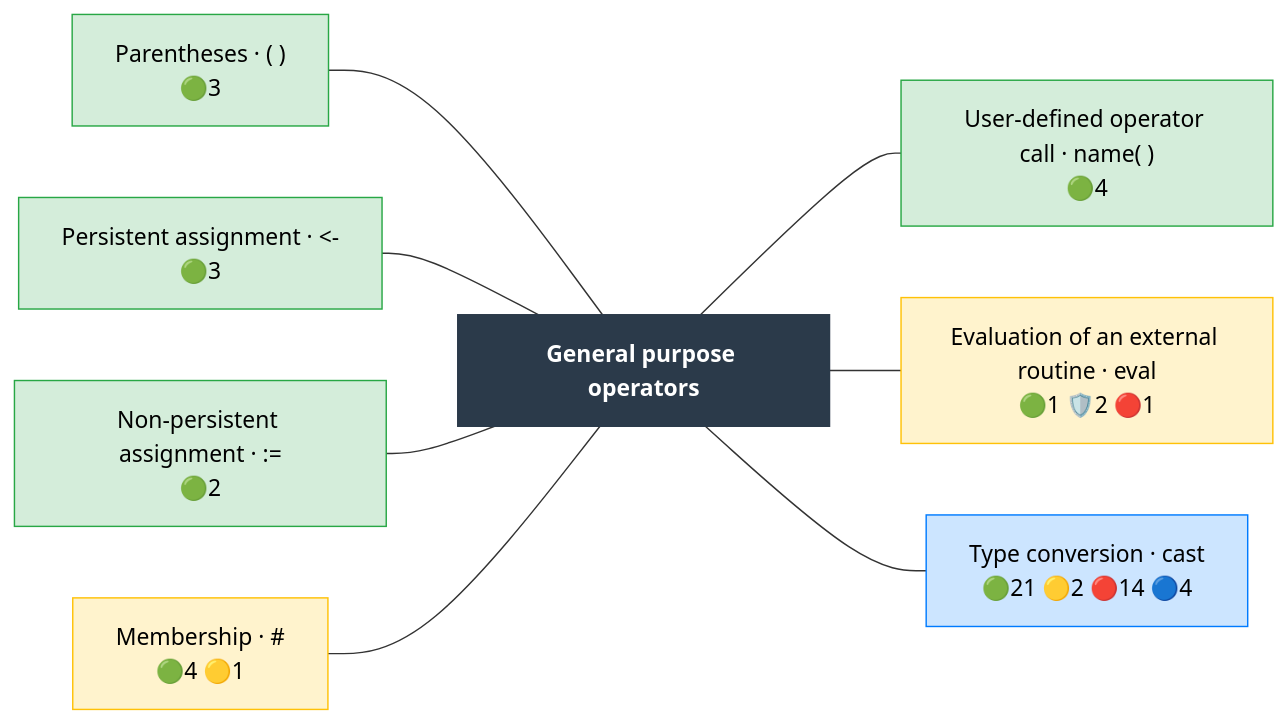
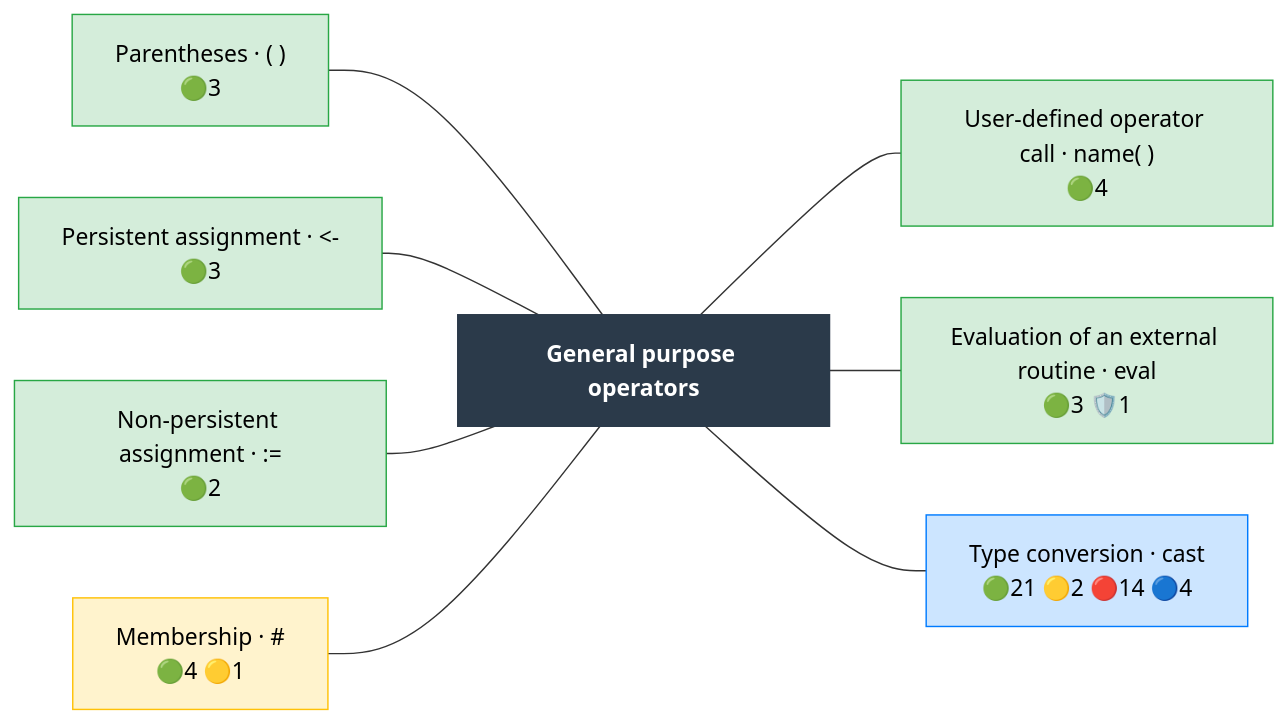
Before and after one commit to Meaningful-Data/vtlengine: the diagram in docs/operator_map/general/index.rst, drawn with Mermaid. The commit also changed other lines of this file and 142 other files, not shown here.

```diff
--- a/docs/operator_map/general/index.rst
+++ b/docs/operator_map/general/index.rst
@@ -17,33 +17,33 @@
 .. mermaid::
    :config: {"flowchart": {"useMaxWidth": false}}
 
    flowchart LR
        classDef ok fill:#d4edda,stroke:#28a745,color:#000
        classDef partial fill:#fff3cd,stroke:#ffc107,color:#000
        classDef refused fill:#d4edda,stroke:#28a745,stroke-width:3px,stroke-dasharray: 2 2,color:#000
        classDef missing fill:#f8d7da,stroke:#dc3545,color:#000
        classDef diverge fill:#cce5ff,stroke:#007bff,color:#000
        classDef block fill:#2b3a4a,stroke:#2b3a4a,color:#fff,font-weight:bold
        classDef ext fill:#fff,stroke:#666,color:#000,stroke-dasharray: 5 5
        B["General purpose operators"]:::block
        general__parentheses["Parentheses · ( )<br/>🟢3"]:::ok
        general__persistent_assignment["Persistent assignment · #60;-<br/>🟢3"]:::ok
        general__non_persistent_assignment["Non-persistent assignment · #58;#61;<br/>🟢2"]:::ok
        general__membership["Membership · #35;<br/>🟢4 🟡1"]:::partial
        general__udo_call["User-defined operator call · name( )<br/>🟢4"]:::ok
-       general__eval["Evaluation of an external routine · eval<br/>🟢1 🛡️2 🔴1"]:::partial
+       general__eval["Evaluation of an external routine · eval<br/>🟢3 🛡️1"]:::ok
        general__cast["Type conversion · cast<br/>🟢21 🟡2 🔴14 🔵4"]:::diverge
        general__parentheses --- B
        general__persistent_assignment --- B
        general__non_persistent_assignment --- B
        general__membership --- B
        B --- general__udo_call
        B --- general__eval
        B --- general__cast
        click general__parentheses href "parentheses.html"
        click general__persistent_assignment href "persistent_assignment.html"
        click general__non_persistent_assignment href "non_persistent_assignment.html"
        click general__membership href "membership.html"
        click general__udo_call href "udo_call.html"
        click general__eval href "eval.html"
        click general__cast href "cast.html"
```
